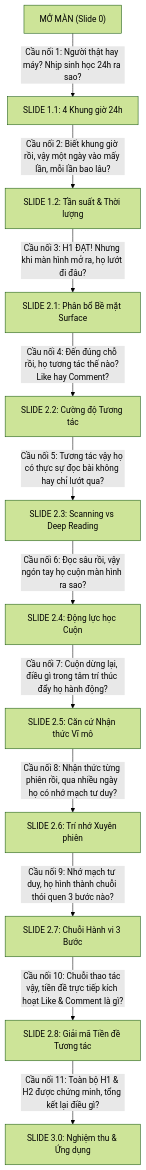
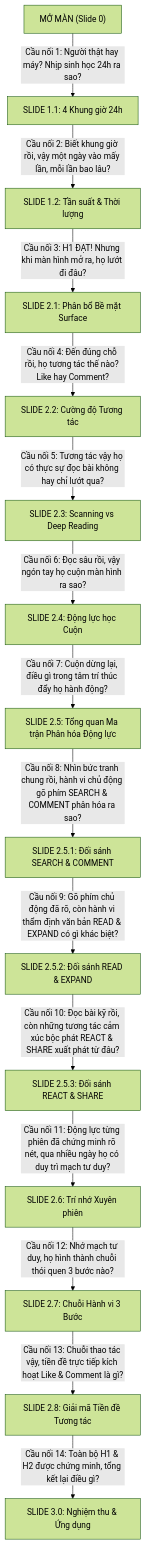
The diagram in notebooks/slide.md (zero0526/eda_persona), drawn with Mermaid (forest theme) before and after one commit. The commit also changed other lines of this file and 90 other files, not shown here.

````diff
--- a/notebooks/slide.md
+++ b/notebooks/slide.md
@@ -522,14 +743,17 @@
 ```mermaid
 flowchart TD
     M0["MỞ MÀN (Slide 0)"] -->|"Cầu nối 1: Người thật hay máy? Nhịp sinh học 24h ra sao?"| S11["SLIDE 1.1: 4 Khung giờ 24h"]
     S11 -->|"Cầu nối 2: Biết khung giờ rồi, vậy một ngày vào mấy lần, mỗi lần bao lâu?"| S12["SLIDE 1.2: Tần suất & Thời lượng"]
     S12 -->|"Cầu nối 3: H1 ĐẠT! Nhưng khi màn hình mở ra, họ lướt đi đâu?"| S21["SLIDE 2.1: Phân bổ Bề mặt Surface"]
     S21 -->|"Cầu nối 4: Đến đúng chỗ rồi, họ tương tác thế nào? Like hay Comment?"| S22["SLIDE 2.2: Cường độ Tương tác"]
     S22 -->|"Cầu nối 5: Tương tác vậy họ có thực sự đọc bài không hay chỉ lướt qua?"| S23["SLIDE 2.3: Scanning vs Deep Reading"]
     S23 -->|"Cầu nối 6: Đọc sâu rồi, vậy ngón tay họ cuộn màn hình ra sao?"| S24["SLIDE 2.4: Động lực học Cuộn"]
-    S24 -->|"Cầu nối 7: Cuộn dừng lại, điều gì trong tâm trí thúc đẩy họ hành động?"| S25["SLIDE 2.5: Căn cứ Nhận thức Vĩ mô"]
-    S25 -->|"Cầu nối 8: Nhận thức từng phiên rồi, qua nhiều ngày họ có nhớ mạch tư duy?"| S26["SLIDE 2.6: Trí nhớ Xuyên phiên"]
-    S26 -->|"Cầu nối 9: Nhớ mạch tư duy, họ hình thành chuỗi thói quen 3 bước nào?"| S27["SLIDE 2.7: Chuỗi Hành vi 3 Bước"]
-    S27 -->|"Cầu nối 10: Chuỗi thao tác vậy, tiền đề trực tiếp kích hoạt Like & Comment là gì?"| S28["SLIDE 2.8: Giải mã Tiền đề Tương tác"]
-    S28 -->|"Cầu nối 11: Toàn bộ H1 & H2 được chứng minh, tổng kết lại điều gì?"| S30["SLIDE 3.0: Nghiệm thu & Ứng dụng"]
+    S24 -->|"Cầu nối 7: Cuộn dừng lại, điều gì trong tâm trí thúc đẩy họ hành động?"| S25["SLIDE 2.5: Tổng quan Ma trận Phân hóa Động lực"]
+    S25 -->|"Cầu nối 8: Nhìn bức tranh chung rồi, hành vi chủ động gõ phím SEARCH & COMMENT phân hóa ra sao?"| S251["SLIDE 2.5.1: Đối sánh SEARCH & COMMENT"]
+    S251 -->|"Cầu nối 9: Gõ phím chủ động đã rõ, còn hành vi thẩm định văn bản READ & EXPAND có gì khác biệt?"| S252["SLIDE 2.5.2: Đối sánh READ & EXPAND"]
+    S252 -->|"Cầu nối 10: Đọc bài kỹ rồi, còn những tương tác cảm xúc bộc phát REACT & SHARE xuất phát từ đâu?"| S253["SLIDE 2.5.3: Đối sánh REACT & SHARE"]
+    S253 -->|"Cầu nối 11: Động lực từng phiên đã chứng minh rõ nét, qua nhiều ngày họ có duy trì mạch tư duy?"| S26["SLIDE 2.6: Trí nhớ Xuyên phiên"]
+    S26 -->|"Cầu nối 12: Nhớ mạch tư duy, họ hình thành chuỗi thói quen 3 bước nào?"| S27["SLIDE 2.7: Chuỗi Hành vi 3 Bước"]
+    S27 -->|"Cầu nối 13: Chuỗi thao tác vậy, tiền đề trực tiếp kích hoạt Like & Comment là gì?"| S28["SLIDE 2.8: Giải mã Tiền đề Tương tác"]
+    S28 -->|"Cầu nối 14: Toàn bộ H1 & H2 được chứng minh, tổng kết lại điều gì?"| S30["SLIDE 3.0: Nghiệm thu & Ứng dụng"]
 ```
````
